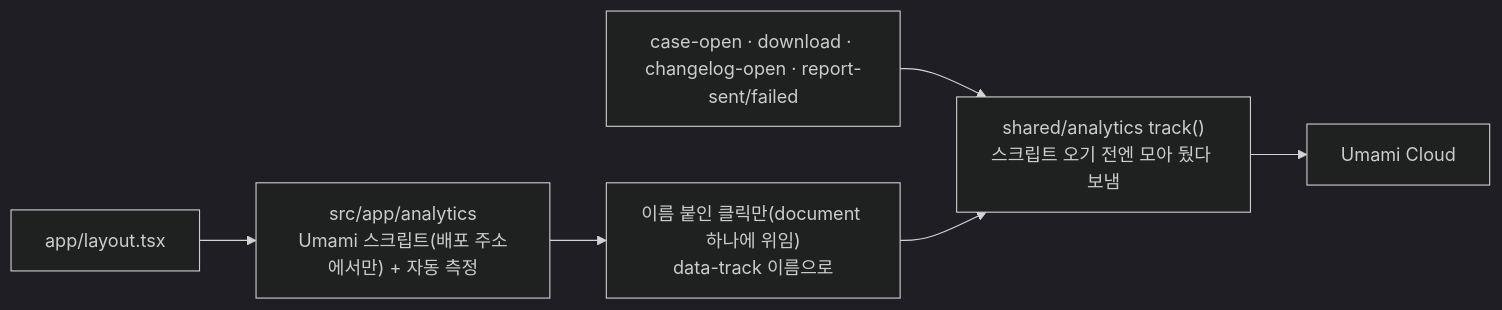
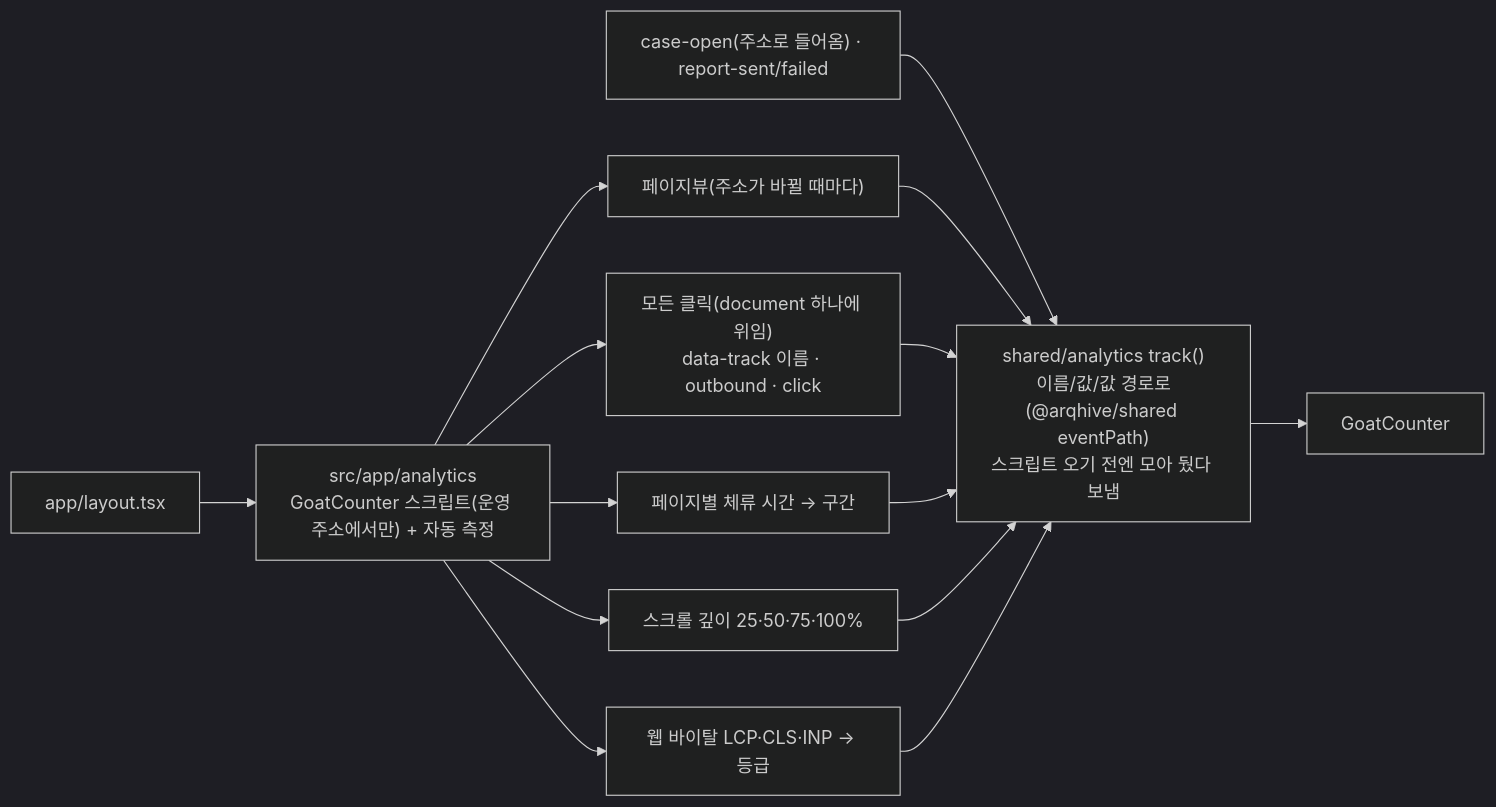
Before and after one commit to arqhive/arqhive-web: the eighth of 16 diagrams in app-flow.md, drawn with Mermaid (dark theme). The commit also changed other lines of this file and 6 other files, not shown here.

````diff
--- a/app-flow.md
+++ b/app-flow.md
@@ -219,8 +219,12 @@
 ```mermaid
 flowchart LR
-  layout["app/layout.tsx"] --> an["src/app/analytics<br/>Umami 스크립트(배포 주소에서만) + 자동 측정"]
-  an --> clk["이름 붙인 클릭만(document 하나에 위임)<br/>data-track 이름으로"]
-  other["case-open · download · changelog-open · report-sent/failed"] --> track["shared/analytics track()<br/>스크립트 오기 전엔 모아 뒀다 보냄"]
-  clk --> track
-  track --> U["Umami Cloud"]
+  layout["app/layout.tsx"] --> an["src/app/analytics<br/>GoatCounter 스크립트(운영 주소에서만) + 자동 측정"]
+  an --> pv["페이지뷰(주소가 바뀔 때마다)"]
+  an --> clk["모든 클릭(document 하나에 위임)<br/>data-track 이름 · outbound · click"]
+  an --> stay["페이지별 체류 시간 → 구간"]
+  an --> depth["스크롤 깊이 25·50·75·100%"]
+  an --> wv["웹 바이탈 LCP·CLS·INP → 등급"]
+  other["case-open(주소로 들어옴) · report-sent/failed"] --> track["shared/analytics track()<br/>이름/값/값 경로로(@arqhive/shared eventPath)<br/>스크립트 오기 전엔 모아 뒀다 보냄"]
+  pv & clk & stay & depth & wv --> track
+  track --> U["GoatCounter"]
 ```
````
